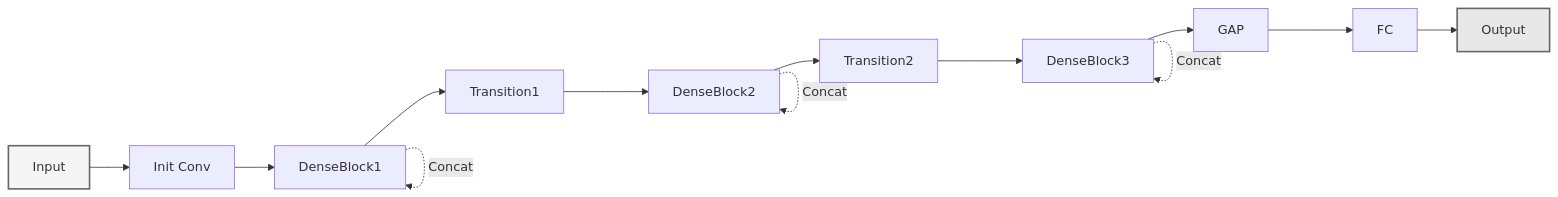
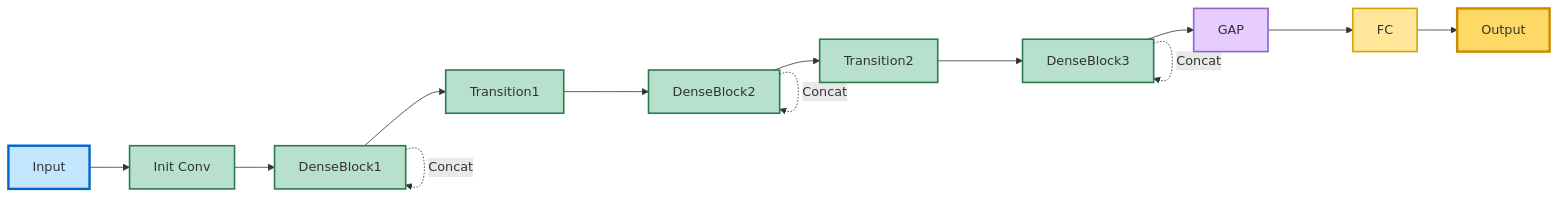
One commit to soroosh-tanzadeh/rotary-insight changed the fifth of 13 diagrams in models/MODEL_ARCHITECTURES.md. Above: the diagram before and after it, drawn with Mermaid. The commit also changed other lines of this file and 5 other files, not shown here.

````diff
--- a/models/MODEL_ARCHITECTURES.md
+++ b/models/MODEL_ARCHITECTURES.md
@@ -271,15 +282,23 @@
 ```mermaid
 graph LR
     A[Input] --> B[Init Conv]
     B --> C[DenseBlock1]
     C --> D[Transition1]
     D --> E[DenseBlock2]
     E --> F[Transition2]
     F --> G[DenseBlock3]
     G --> H[GAP] --> I[FC] --> J[Output]
     C -.Concat.-> C
     E -.Concat.-> E
     G -.Concat.-> G
-    style A fill:#f5f5f5,stroke:#666,stroke-width:2px
-    style J fill:#e8e8e8,stroke:#666,stroke-width:2px
+    style A fill:#c3e6ff,stroke:#0066cc,stroke-width:3px
+    style B fill:#b7e1cd,stroke:#2d7a4f,stroke-width:2px
+    style C fill:#b7e1cd,stroke:#2d7a4f,stroke-width:2px
+    style D fill:#b7e1cd,stroke:#2d7a4f,stroke-width:2px
+    style E fill:#b7e1cd,stroke:#2d7a4f,stroke-width:2px
+    style F fill:#b7e1cd,stroke:#2d7a4f,stroke-width:2px
+    style G fill:#b7e1cd,stroke:#2d7a4f,stroke-width:2px
+    style H fill:#e6ccff,stroke:#8b66cc,stroke-width:2px
+    style I fill:#ffe699,stroke:#d4a500,stroke-width:2px
+    style J fill:#ffd966,stroke:#cc8800,stroke-width:3px
 ```
````
